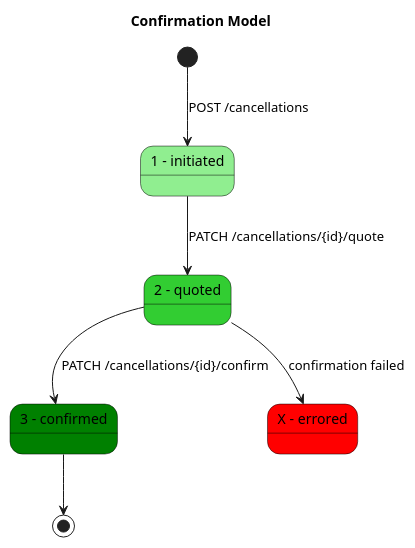
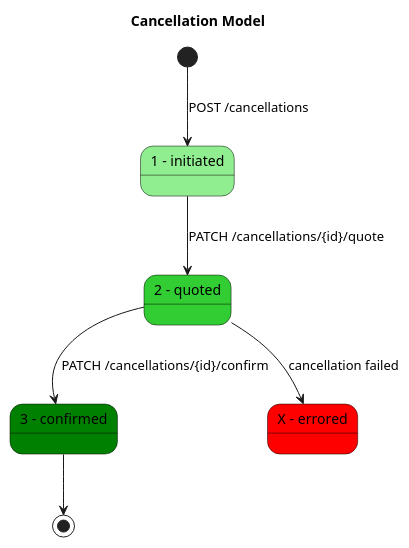
The diagram in plantUML/cancellation_state_diagram.puml (loco2/locohub-api-documentation), drawn with PlantUML before and after one commit.

Commit message:
Typo: Cancellation not Confirmation

```diff
--- a/plantUML/cancellation_state_diagram.puml
+++ b/plantUML/cancellation_state_diagram.puml
@@ -1,29 +1,29 @@
 @startuml
 
 ' in order to change this diagram, please got to http://www.planttext.com
 skinparam state {
   StartColor Black
   EndColor Black
   BackgroundColor LightYellow
   BackgroundColor<<Initiated>> LightGreen
   BackgroundColor<<Quoted>> LimeGreen
   BackgroundColor<<Confirmed>> Green
   BackgroundColor<<Errored>> Red
   BorderColor Black
   FontName Impact
 }
-title Confirmation Model
+title Cancellation Model
 state "1 - initiated" as Initiated<<Initiated>>
 state "2 - quoted" as Quoted <<Quoted>>
 state "3 - confirmed" as Confirmed <<Confirmed>>
 state "X - errored" as Errored <<Errored>>
 
 ' non nominal case
-Quoted --> Errored : confirmation failed
+Quoted --> Errored : cancellation failed
 
 [*] -down->Initiated: POST /cancellations
 Initiated -down-> Quoted : PATCH /cancellations/{id}/quote
 Quoted -down-> Confirmed : PATCH /cancellations/{id}/confirm
 Confirmed -down-> [*]
 
 @enduml
```
